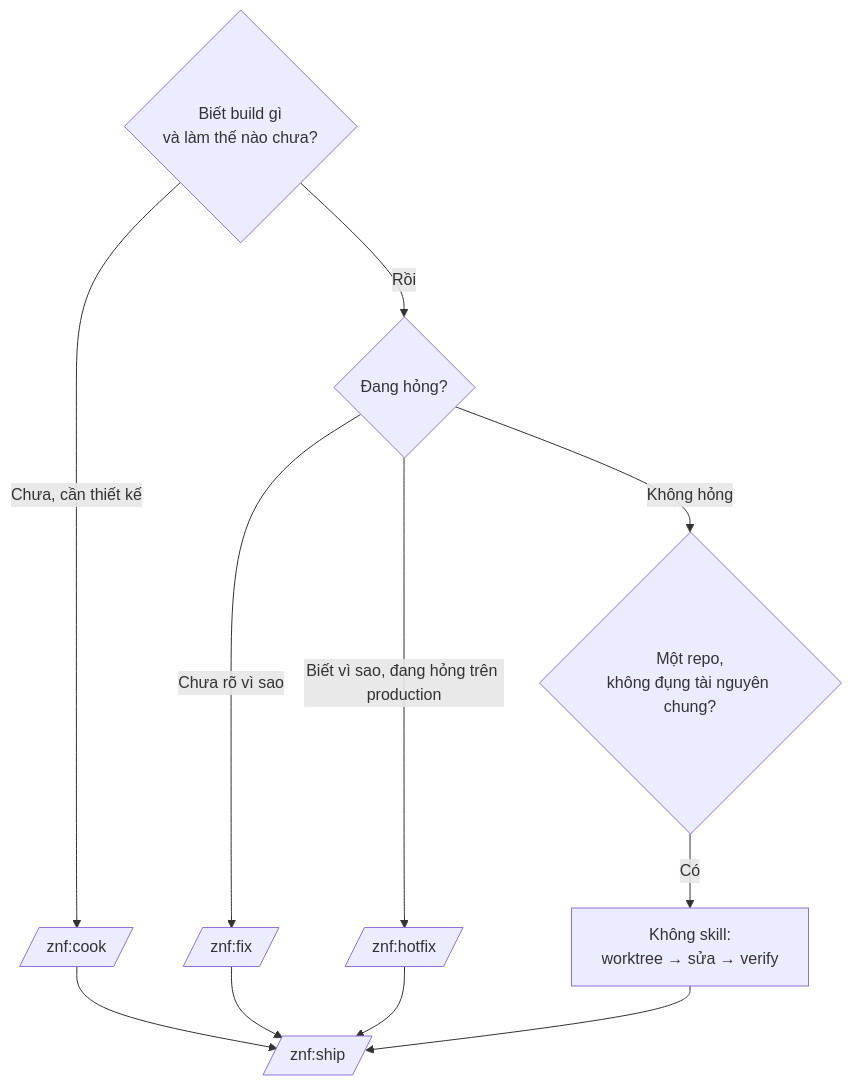
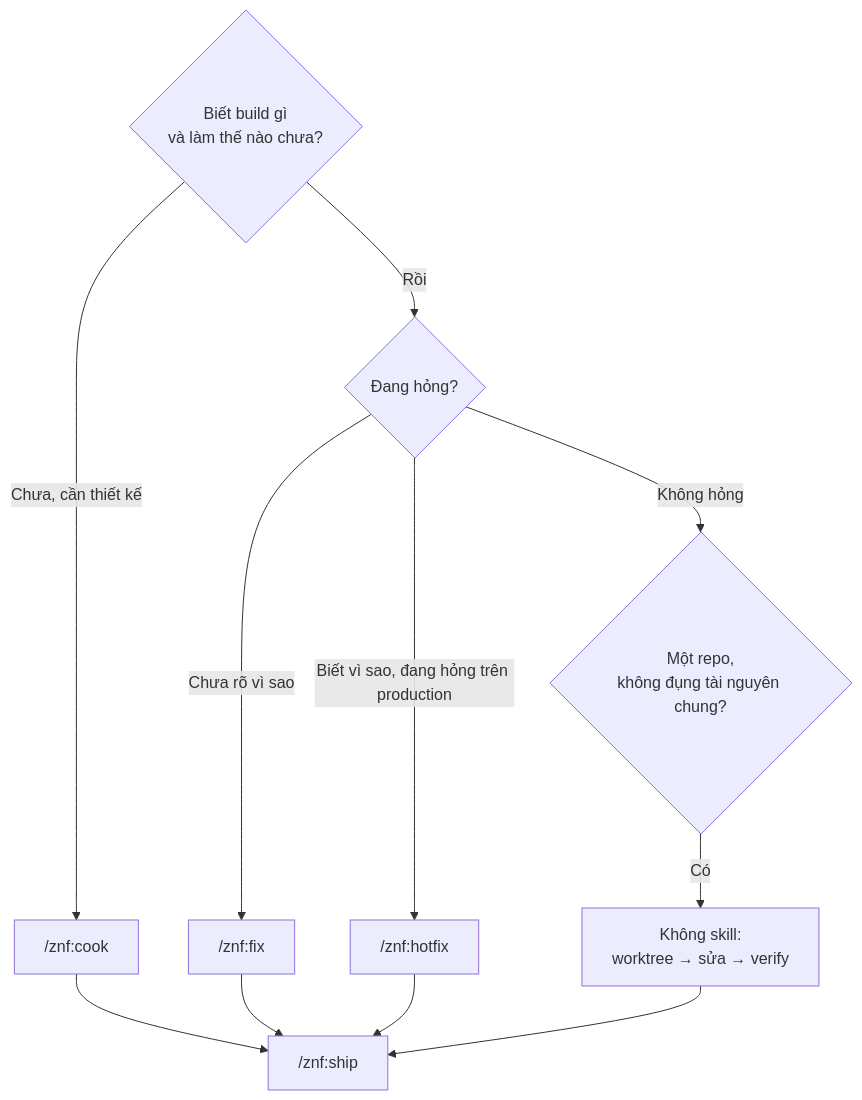
The diagram in website/workflows/index.md (ZenifyAIContactCenter/zenify-kit), drawn with Mermaid before and after one commit. The commit also changed 13 other files, not shown here.

````diff
--- a/website/workflows/index.md
+++ b/website/workflows/index.md
@@ -20,13 +20,13 @@
 ```mermaid
 flowchart TD
-  A{Biết build gì<br/>và làm thế nào chưa?} -- Chưa, cần thiết kế --> B[/znf:cook/]
+  A{Biết build gì<br/>và làm thế nào chưa?} -- Chưa, cần thiết kế --> B["/znf:cook"]
   A -- Rồi --> C{Đang hỏng?}
-  C -- Chưa rõ vì sao --> D[/znf:fix/]
-  C -- Biết vì sao, đang hỏng trên production --> E[/znf:hotfix/]
+  C -- Chưa rõ vì sao --> D["/znf:fix"]
+  C -- Biết vì sao, đang hỏng trên production --> E["/znf:hotfix"]
   C -- Không hỏng --> F{Một repo,<br/>không đụng tài nguyên chung?}
   F -- Có --> G[Không skill:<br/>worktree → sửa → verify]
-  B --> H[/znf:ship/]
+  B --> H["/znf:ship"]
   D --> H
   E --> H
   G --> H
 ```
````
